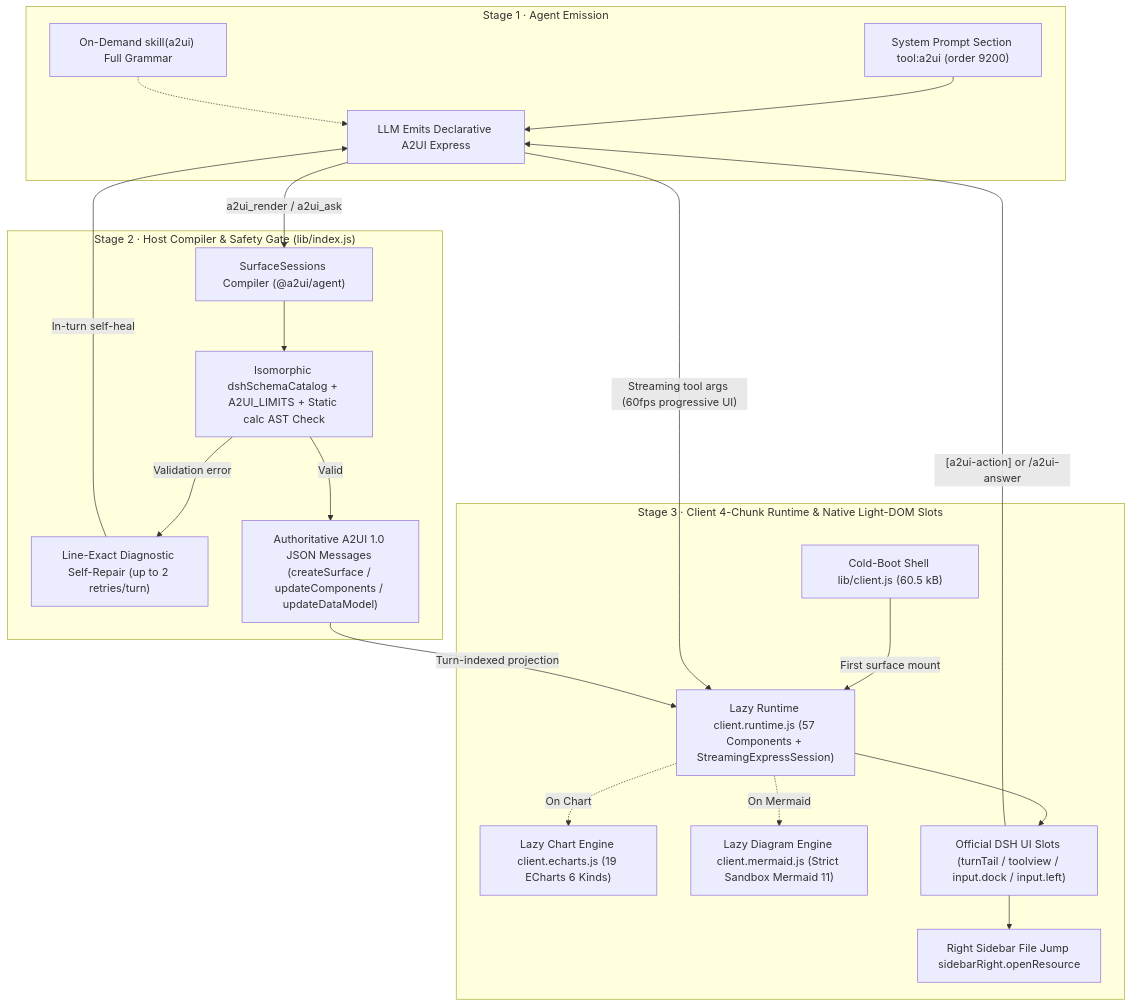
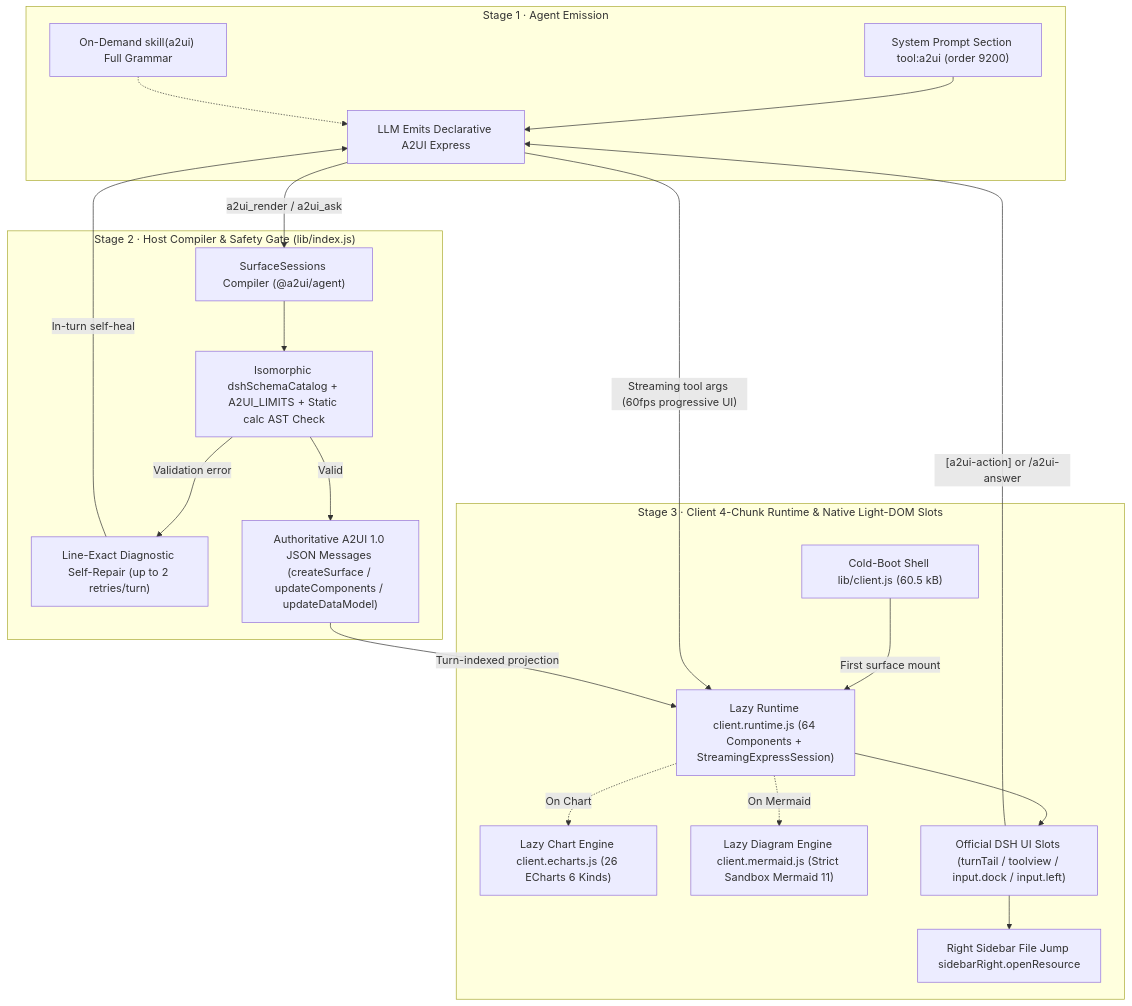
Before and after one commit to Geekhyt/dsh-genui-a2ui: the diagram in docs/DEVELOPMENT.md, drawn with Mermaid. The commit also changed other lines of this file and 59 other files, not shown here.

Commit message:
feat(v0.5.0): add 7 ECharts 6 kinds, 5 chart features, 7 interactive widgets, ProTable/Tree/DiffView upgrades, conditional aggregates & security hardening

````diff
--- a/docs/DEVELOPMENT.md
+++ b/docs/DEVELOPMENT.md
@@ -17,40 +17,40 @@
 ```mermaid
 flowchart TB
   subgraph S1["Stage 1 · Agent Emission"]
     P["System Prompt Section tool:a2ui (order 9200)"]
     SK["On-Demand skill(a2ui) Full Grammar"]
     LLM["LLM Emits Declarative A2UI Express"]
     P --> LLM
     SK -.-> LLM
   end
 
   subgraph S2["Stage 2 · Host Compiler & Safety Gate (lib/index.js)"]
     COMP["SurfaceSessions Compiler (@a2ui/agent)"]
     ZOD["Isomorphic dshSchemaCatalog + A2UI_LIMITS + Static calc AST Check"]
     REPAIR["Line-Exact Diagnostic Self-Repair (up to 2 retries/turn)"]
     WIRE["Authoritative A2UI 1.0 JSON Messages (createSurface / updateComponents / updateDataModel)"]
     COMP --> ZOD
     ZOD -->|"Validation error"| REPAIR
     REPAIR -->|"In-turn self-heal"| LLM
     ZOD -->|"Valid"| WIRE
   end
 
   subgraph S3["Stage 3 · Client 4-Chunk Runtime & Native Light-DOM Slots"]
     SHELL["Cold-Boot Shell lib/client.js (60.5 kB)"]
-    RT["Lazy Runtime client.runtime.js (57 Components + StreamingExpressSession)"]
-    EC["Lazy Chart Engine client.echarts.js (19 ECharts 6 Kinds)"]
+    RT["Lazy Runtime client.runtime.js (64 Components + StreamingExpressSession)"]
+    EC["Lazy Chart Engine client.echarts.js (26 ECharts 6 Kinds)"]
     MM["Lazy Diagram Engine client.mermaid.js (Strict Sandbox Mermaid 11)"]
     SLOTS["Official DSH UI Slots (turnTail / toolview / input.dock / input.left)"]
     SIDE["Right Sidebar File Jump sidebarRight.openResource"]
     SHELL -->|"First surface mount"| RT
     RT -.->|"On Chart"| EC
     RT -.->|"On Mermaid"| MM
     RT --> SLOTS
     SLOTS --> SIDE
   end
 
   LLM -->|"Streaming tool args (60fps progressive UI)"| RT
   LLM -->|"a2ui_render / a2ui_ask"| COMP
   WIRE -->|"Turn-indexed projection"| RT
   SLOTS -->|"[a2ui-action] or /a2ui-answer"| LLM
 ```
````
